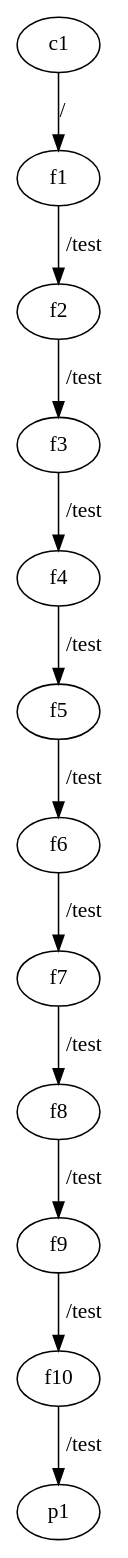
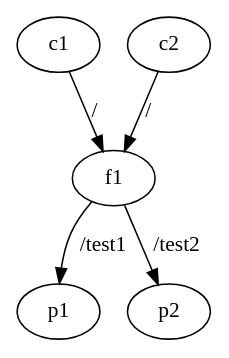
Before and after one commit to saifulislampi/ndn-traceroute: the diagram in graph.dot, drawn with Graphviz. The commit also changed 2 other files, not shown here.

```diff
--- a/graph.dot
+++ b/graph.dot
@@ -1,36 +1,14 @@
 digraph G {
     c1 [class="client"]
     c1 -> f1 [label="/"]
+    
+    c2 [class="client"]
+    c2 -> f1 [label="/"]
 
     f1 [class="forwarder"]
-    f1 -> f2 [label="/test"]
+    f1 -> p1 [label="/test1"]
+    f1 -> p2 [label="/test2"]
 
-    f2 [class="forwarder"]
-    f2 -> f3 [label="/test"]
-
-    f3 [class="forwarder"]
-    f3 -> f4 [label="/test"]
-
-    f4 [class="forwarder"]
-    f4 -> f5 [label="/test"]
-
-    f5 [class="forwarder"]
-    f5 -> f6 [label="/test"]
-
-    f6 [class="forwarder"]
-    f6 -> f7 [label="/test"]
-
-    f7 [class="forwarder"]
-    f7 -> f8 [label="/test"]
-
-    f8 [class="forwarder"]
-    f8 -> f9 [label="/test"]
-
-    f9 [class="forwarder"]
-    f9 -> f10 [label="/test"]
-
-    f10 [class="forwarder"]
-    f10 -> p1 [label="/test"]
-
-    p1 [class="producer" data="/test"]
+    p1 [class="producer" data="/test1"]
+    p2 [class="producer" data="/test2"]
 }
```
